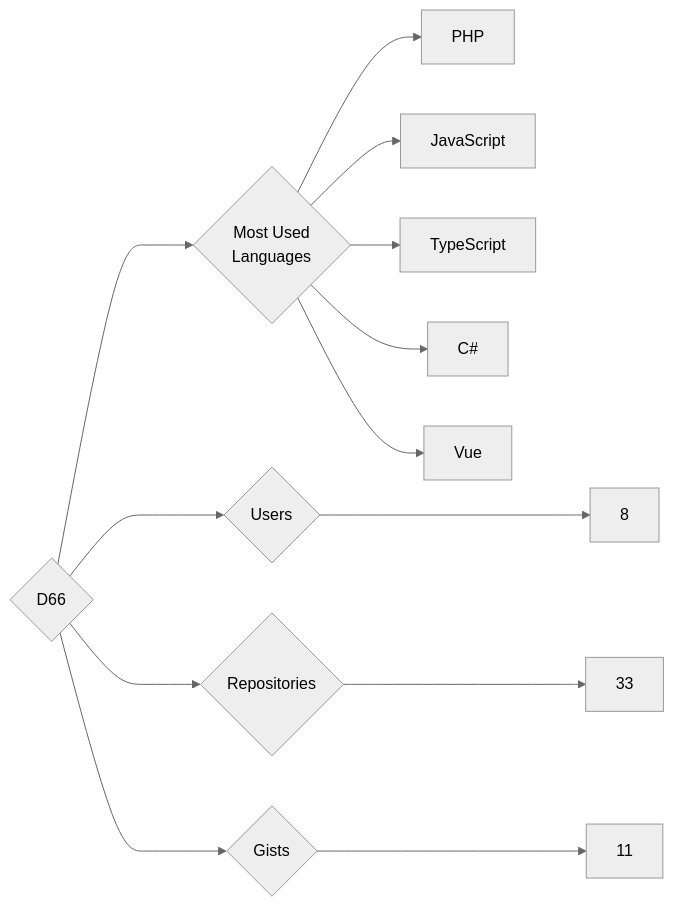
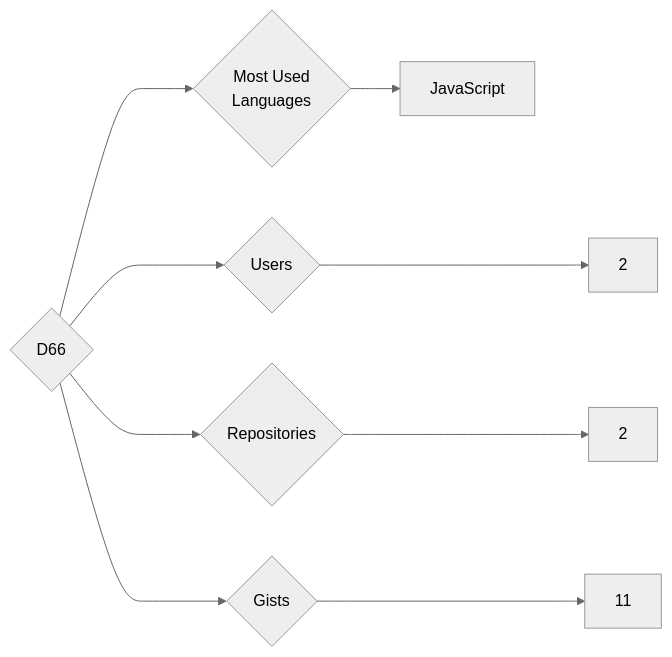
The diagram in targets/D66/README.md (trickest/insiders), drawn with Mermaid (neutral theme) before and after one commit. The commit also changed 861 other files, not shown here.

````diff
--- a/targets/D66/README.md
+++ b/targets/D66/README.md
@@ -3,13 +3,9 @@
 ```mermaid
 graph LR
 COMPANY_NAME{D66}
-COMPANY_NAME ---> U{Users} ---> UN[8]
-COMPANY_NAME ---> R{Repositories} ---> RN[33]
+COMPANY_NAME ---> U{Users} ---> UN[2]
+COMPANY_NAME ---> R{Repositories} ---> RN[2]
 COMPANY_NAME ---> G{Gists} ---> GN[11]
 COMPANY_NAME ---> ML{Most Used<br>Languages}
-ML --> PHP[PHP]
 ML --> JavaScript[JavaScript]
-ML --> TypeScript[TypeScript]
-ML --> C#[C#]
-ML --> Vue[Vue]
 ```
````
